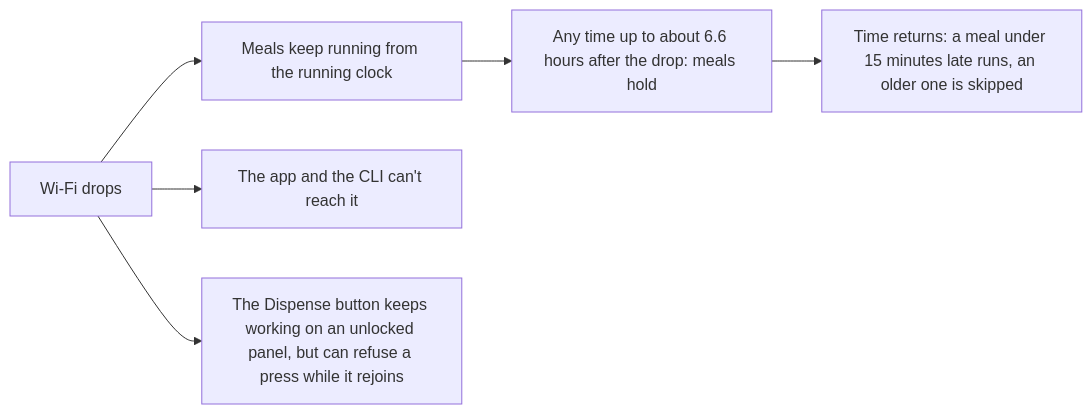
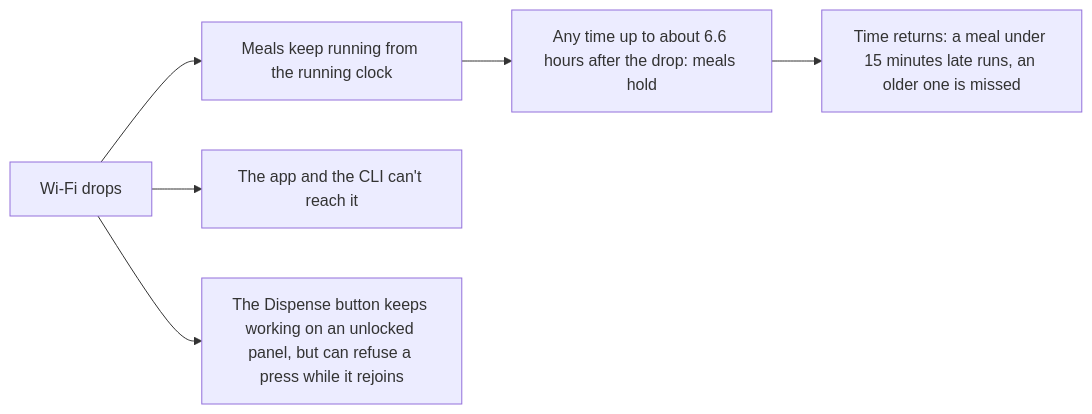
One commit to Isaac-Duarte/wellfed changed the second of 3 diagrams in docs/guide/how-it-works/system.md. Above: the diagram before and after it, drawn with Mermaid. The commit also changed 22 other files, not shown here.

Commit message:
Call a meal the feeder could not run missed, so skipped means only a meal skipped on purpose

````diff
--- a/docs/guide/how-it-works/system.md
+++ b/docs/guide/how-it-works/system.md
@@ -48,9 +48,9 @@
 ```mermaid
 %% svg: system-outage.svg
 flowchart LR
   drop["Wi-Fi drops"] --> meals["Meals keep running from the running clock"]
   meals --> hold["Any time up to about 6.6 hours after the drop: meals hold"]
   drop --> clients["The app and the CLI can't reach it"]
   drop --> button["The Dispense button keeps working on an unlocked panel, but can refuse a press while it rejoins"]
-  hold --> back["Time returns: a meal under 15 minutes late runs, an older one is skipped"]
+  hold --> back["Time returns: a meal under 15 minutes late runs, an older one is missed"]
 ```
````
